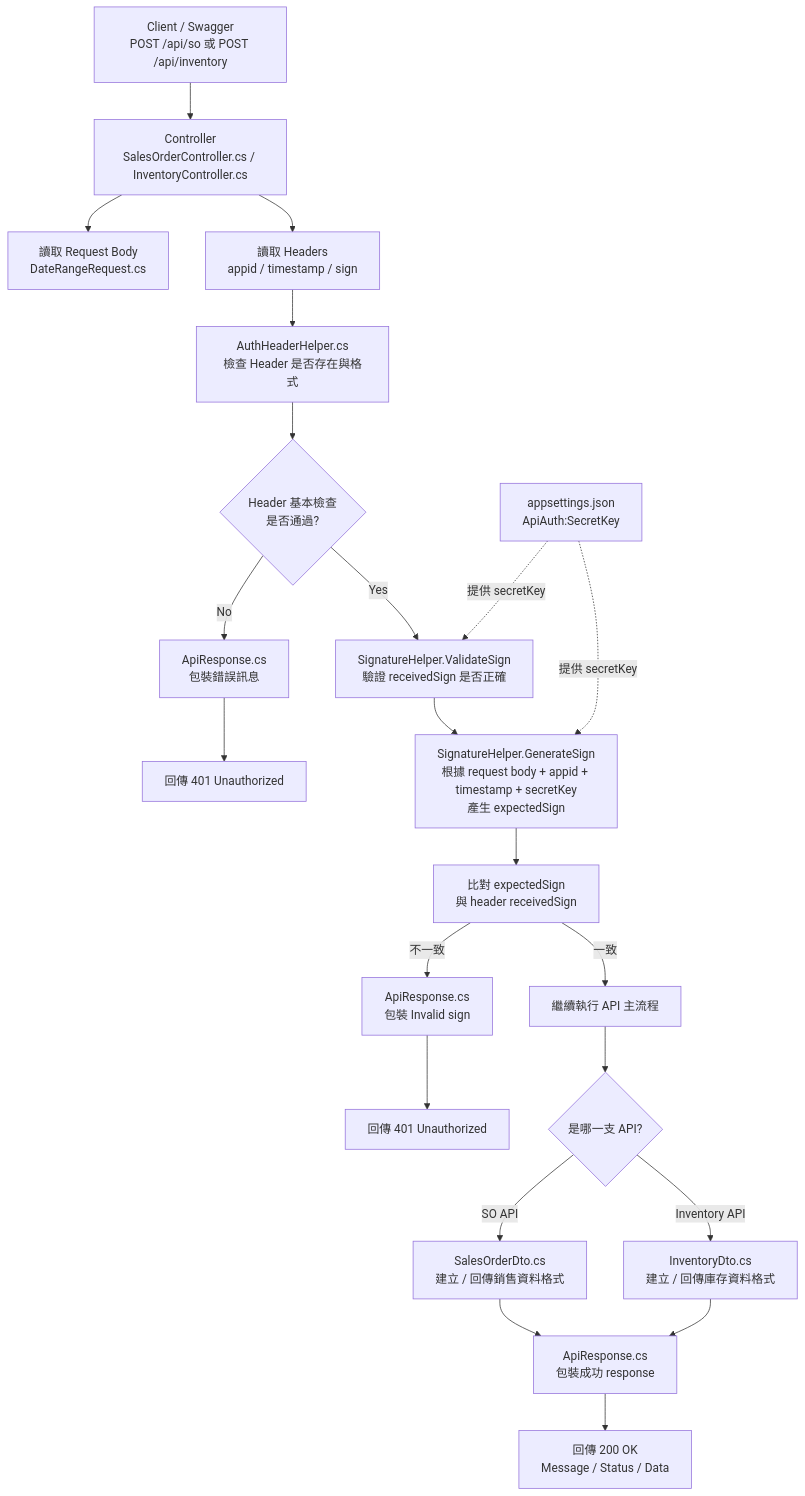
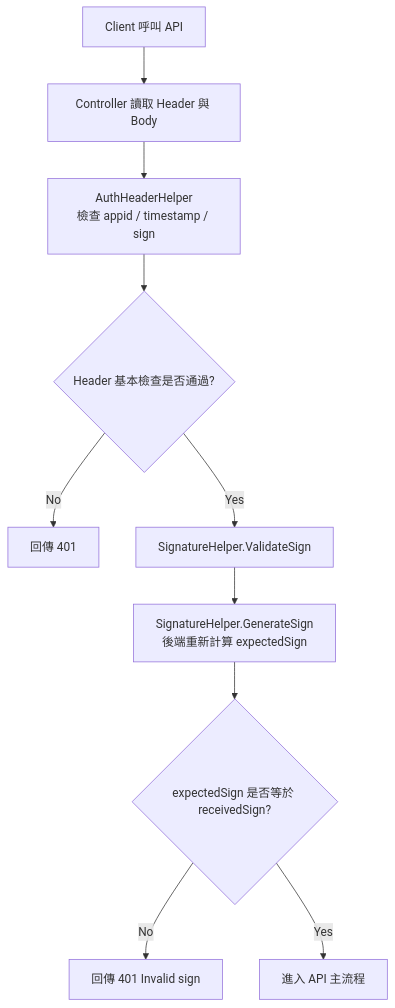
Before and after one commit to Vic428-human/WEBAPI2026: the second of 2 diagrams in WEBAPI2026/README.md, drawn with Mermaid. The commit also changed other lines of this file and 1 other file, not shown here.

````diff
--- a/WEBAPI2026/README.md
+++ b/WEBAPI2026/README.md
@@ -314,38 +200,18 @@
 ```mermaid
 flowchart TD
-    A[Client / Swagger<br/>POST /api/so 或 POST /api/inventory] --> B[Controller<br/>SalesOrderController.cs / InventoryController.cs]
+    A[Client 呼叫 API] --> B[Controller 讀取 Header 與 Body]
 
-    B --> C[讀取 Request Body<br/>DateRangeRequest.cs]
-    B --> D[讀取 Headers<br/>appid / timestamp / sign]
+    B --> C[AuthHeaderHelper<br/>檢查 appid / timestamp / sign]
 
-    D --> E[AuthHeaderHelper.cs<br/>檢查 Header 是否存在與格式]
+    C --> D{Header 基本檢查是否通過?}
+    D -->|No| E[回傳 401]
 
-    E --> F{Header 基本檢查<br/>是否通過?}
+    D -->|Yes| F[SignatureHelper.ValidateSign]
 
-    F -->|No| G[ApiResponse.cs<br/>包裝錯誤訊息]
-    G --> H[回傳 401 Unauthorized]
+    F --> G[SignatureHelper.GenerateSign<br/>後端重新計算 expectedSign]
 
-    F -->|Yes| I[SignatureHelper.ValidateSign<br/>驗證 receivedSign 是否正確]
+    G --> H{expectedSign 是否等於 receivedSign?}
 
-    I --> J[SignatureHelper.GenerateSign<br/>根據 request body + appid + timestamp + secretKey<br/>產生 expectedSign]
-
-    J --> K[比對 expectedSign<br/>與 header receivedSign]
-
-    K -->|不一致| L[ApiResponse.cs<br/>包裝 Invalid sign]
-    L --> M[回傳 401 Unauthorized]
-
-    K -->|一致| N[繼續執行 API 主流程]
-
-    N --> O{是哪一支 API?}
-
-    O -->|SO API| P[SalesOrderDto.cs<br/>建立 / 回傳銷售資料格式]
-    O -->|Inventory API| Q[InventoryDto.cs<br/>建立 / 回傳庫存資料格式]
-
-    P --> R[ApiResponse.cs<br/>包裝成功 response]
-    Q --> R
-
-    R --> S[回傳 200 OK<br/>Message / Status / Data]
-
-    T[appsettings.json<br/>ApiAuth:SecretKey] -. 提供 secretKey .-> I
-    T -. 提供 secretKey .-> J
+    H -->|No| I[回傳 401 Invalid sign]
+    H -->|Yes| J[進入 API 主流程]
 ```
````
